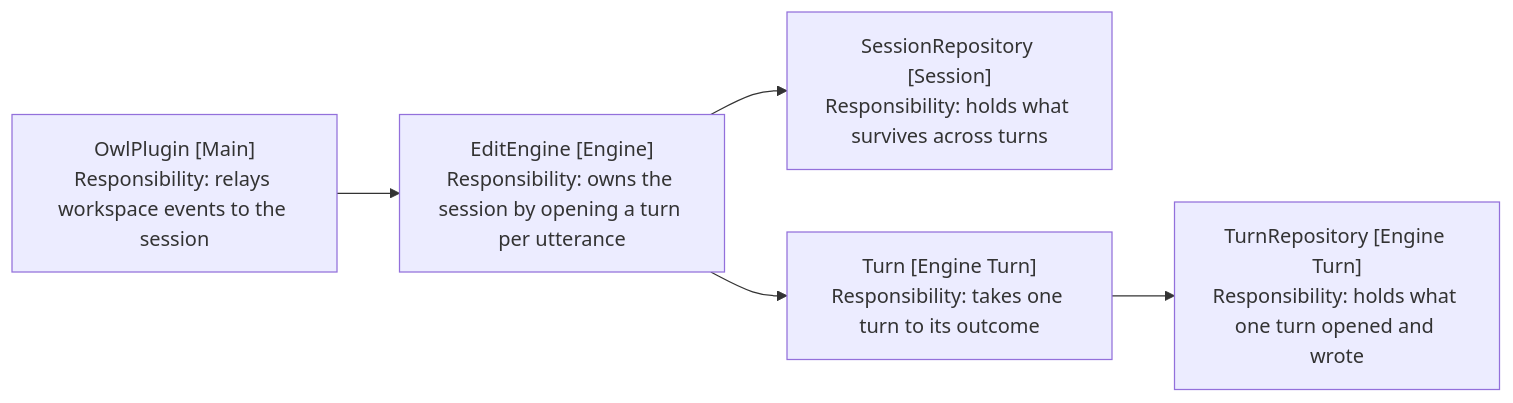
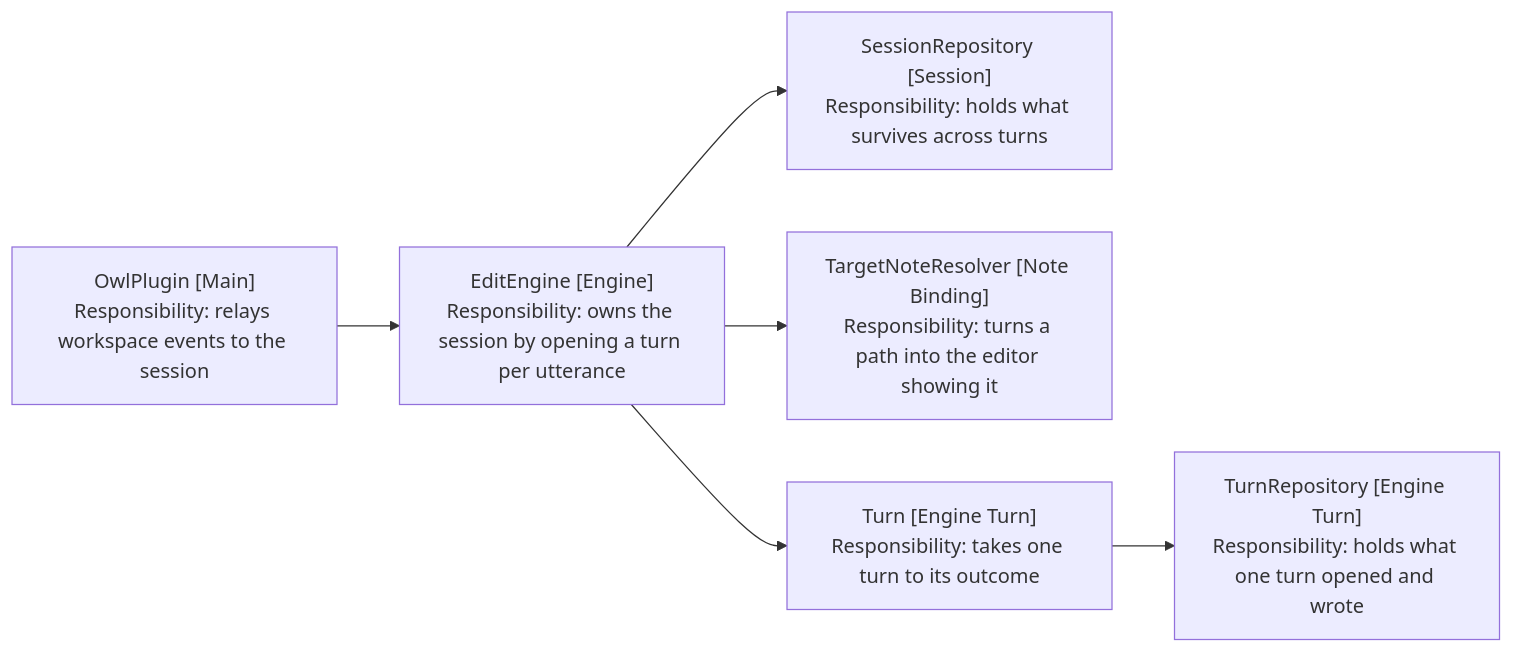
Before and after one commit to iparips/obsidian-owl: the second of 2 diagrams in docs/spec/18-editing-what-was-chosen/3-design.md, drawn with Mermaid. The commit also changed other lines of this file and 1 other file, not shown here.

````diff
--- a/docs/spec/18-editing-what-was-chosen/3-design.md
+++ b/docs/spec/18-editing-what-was-chosen/3-design.md
@@ -54,13 +57,15 @@
 ```mermaid
 flowchart LR
     Plugin["OwlPlugin [Main]<br/>Responsibility: relays workspace events to the session"]
     Engine["EditEngine [Engine]<br/>Responsibility: owns the session by opening a turn per utterance"]
     Session["SessionRepository [Session]<br/>Responsibility: holds what survives across turns"]
+    Resolver["TargetNoteResolver [Note Binding]<br/>Responsibility: turns a path into the editor showing it"]
     Turn["Turn [Engine Turn]<br/>Responsibility: takes one turn to its outcome"]
     TurnRepo["TurnRepository [Engine Turn]<br/>Responsibility: holds what one turn opened and wrote"]
 
     Plugin --> Engine
     Engine --> Session
+    Engine --> Resolver
     Engine --> Turn
     Turn --> TurnRepo
 ```
````
